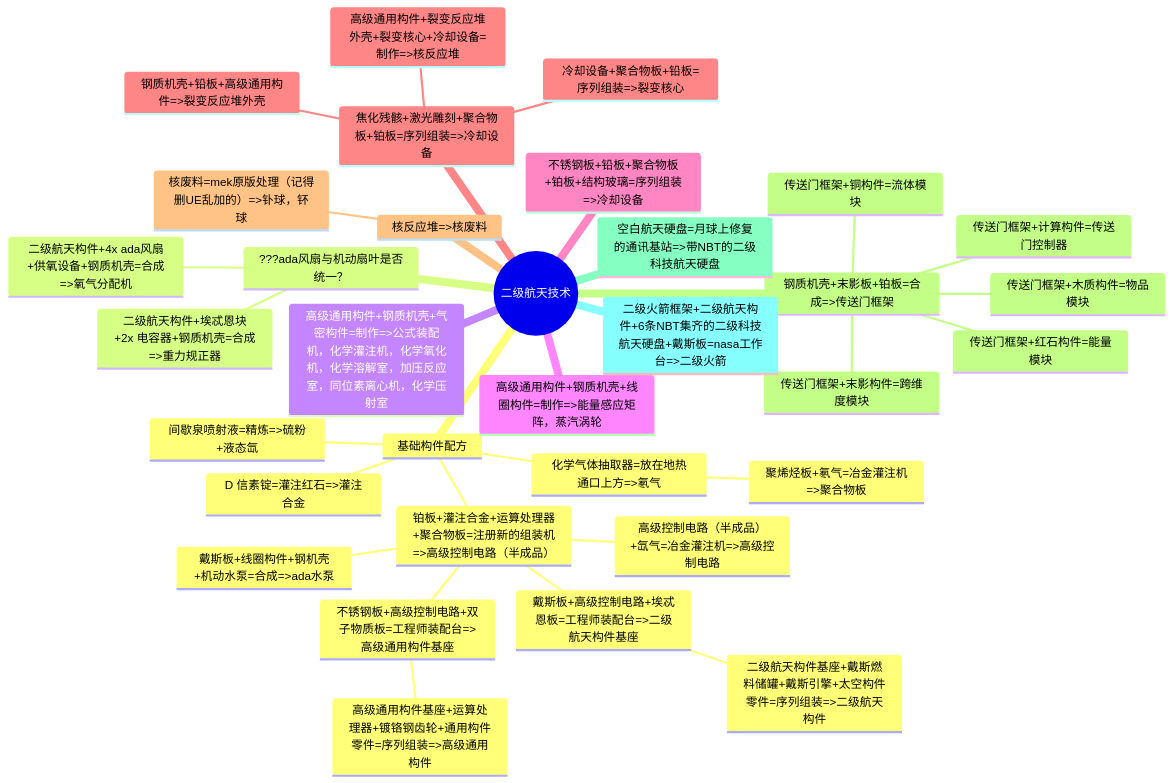
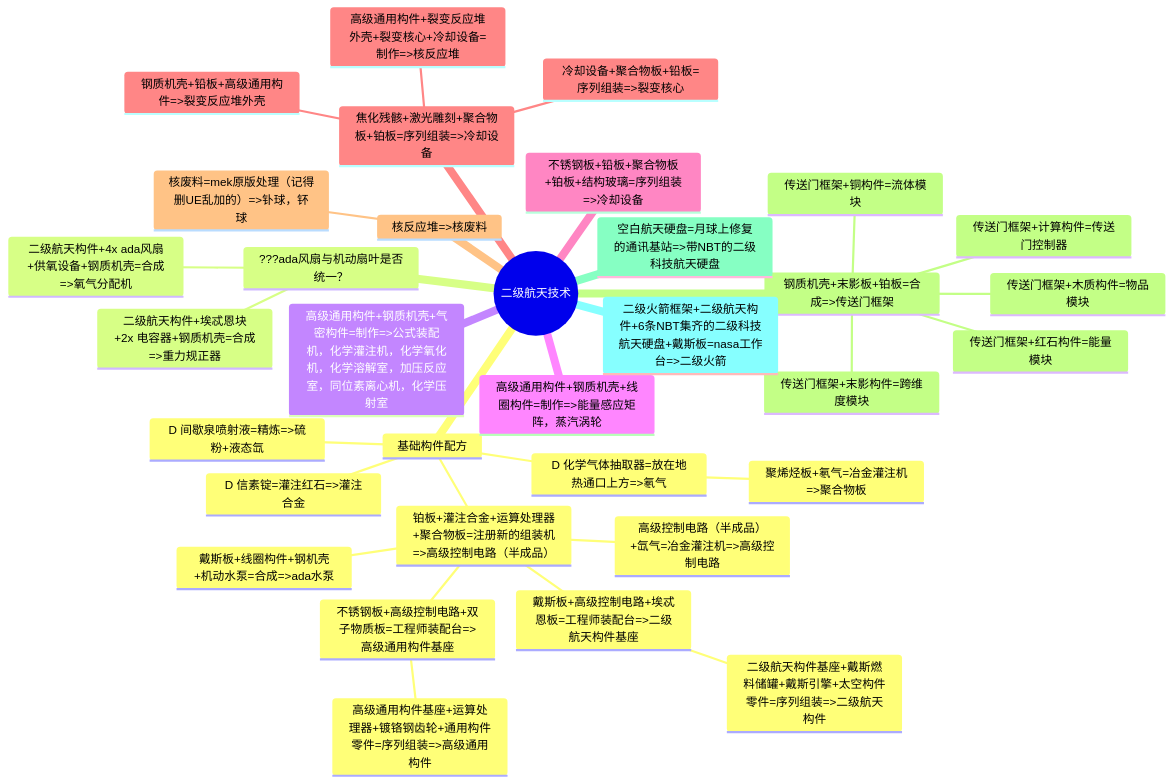
One commit to VechniMetel/CodeNameCIM2 changed the second of 3 diagrams in Developer/TechTreeMap.md. Above: the diagram before and after it, drawn with Mermaid. The commit also changed 74 other files, not shown here.

````diff
--- a/Developer/TechTreeMap.md
+++ b/Developer/TechTreeMap.md
@@ -45,36 +45,36 @@
 ``` mermaid
 mindmap
     root((二级航天技术))
         基础构件配方
             D 信素锭=灌注红石=>灌注合金
-            间歇泉喷射液=精炼=>硫粉+液态氙
-            化学气体抽取器=放在地热通口上方=>氡气
+            D 间歇泉喷射液=精炼=>硫粉+液态氙
+            D 化学气体抽取器=放在地热通口上方=>氡气
                 聚烯烃板+氡气=冶金灌注机=>聚合物板
             铂板+灌注合金+运算处理器+聚合物板=注册新的组装机=>高级控制电路（半成品）
                 高级控制电路（半成品）+氙气=冶金灌注机=>高级控制电路
                 戴斯板+高级控制电路+埃忒恩板=工程师装配台=>二级航天构件基座
                     二级航天构件基座+戴斯燃料储罐+戴斯引擎+太空构件零件=序列组装=>二级航天构件
                 不锈钢板+高级控制电路+双子物质板=工程师装配台=>高级通用构件基座
                     高级通用构件基座+运算处理器+镀铬钢齿轮+通用构件零件=序列组装=>高级通用构件
                 戴斯板+线圈构件+钢机壳+机动水泵=合成=>ada水泵
         ???ada风扇与机动扇叶是否统一？
             二级航天构件+4x ada风扇+供氧设备+钢质机壳=合成=>氧气分配机
             二级航天构件+埃忒恩块+2x 电容器+钢质机壳=合成=>重力规正器
         高级通用构件+钢质机壳+气密构件=制作=>公式装配机，化学灌注机，化学氧化机，化学溶解室，加压反应室，同位素离心机，化学压射室
         高级通用构件+钢质机壳+线圈构件=制作=>能量感应矩阵，蒸汽涡轮
         不锈钢板+铅板+聚合物板+铂板+结构玻璃=序列组装=>冷却设备
         焦化残骸+激光雕刻+聚合物板+铂板=序列组装=>冷却设备
             冷却设备+聚合物板+铅板=序列组装=>裂变核心
             钢质机壳+铅板+高级通用构件=>裂变反应堆外壳
             高级通用构件+裂变反应堆外壳+裂变核心+冷却设备=制作=>核反应堆
         核反应堆=>核废料
             核废料=mek原版处理（记得删UE乱加的）=>钋球，钚球
         钢质机壳+末影板+铂板=合成=>传送门框架
             传送门框架+计算构件=传送门控制器
             传送门框架+木质构件=物品模块
             传送门框架+铜构件=流体模块
             传送门框架+红石构件=能量模块
             传送门框架+末影构件=跨维度模块
         空白航天硬盘=月球上修复的通讯基站=>带NBT的二级科技航天硬盘
         二级火箭框架+二级航天构件+6条NBT集齐的二级科技航天硬盘+戴斯板=nasa工作台=>二级火箭
 ```
````
